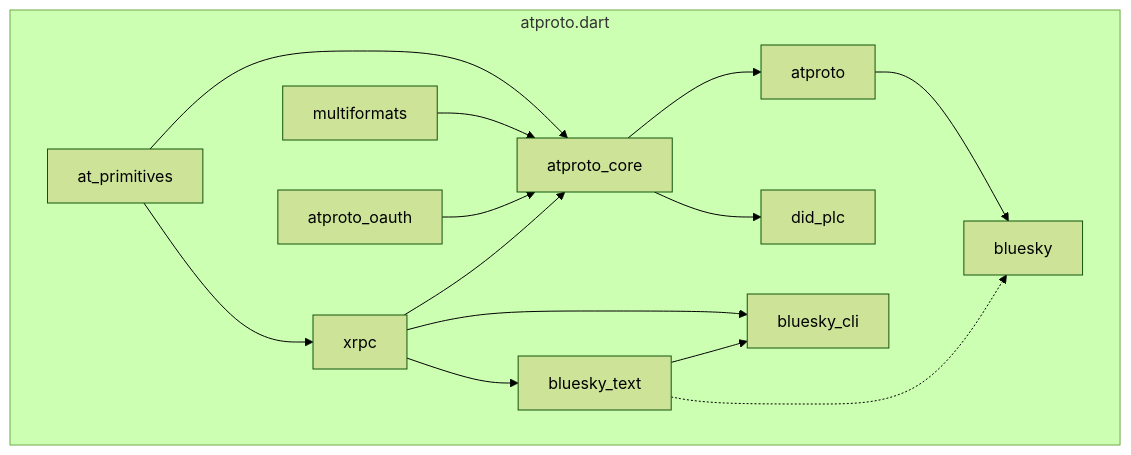
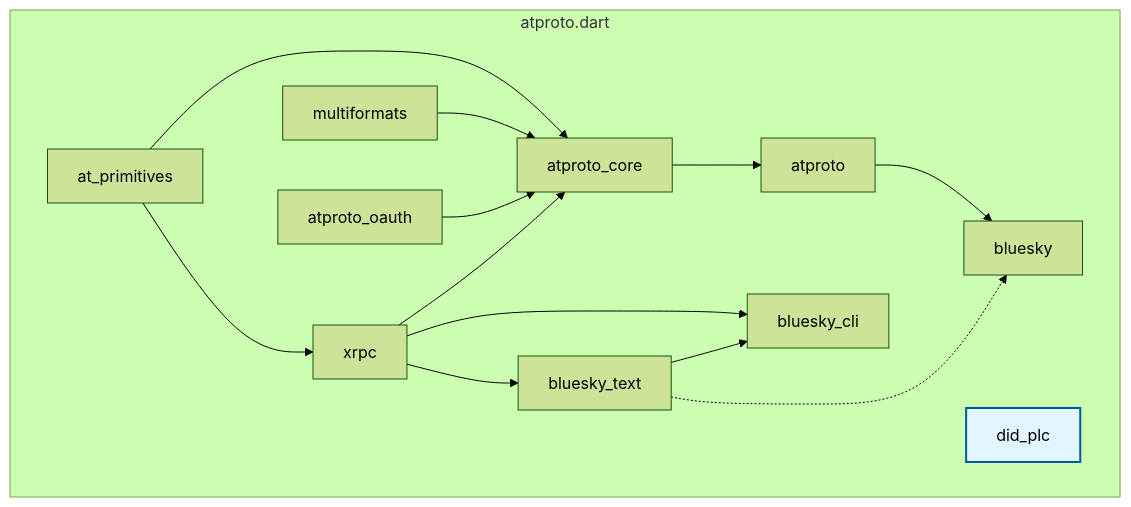
The diagram in website/docs/packages/overview.md (myConsciousness/atproto.dart), drawn with Mermaid (forest theme) before and after one commit. The commit also changed other lines of this file and 92 other files, not shown here.

First line of the commit message:
feat(did_plc): v1.0.0 - Independent high-performance DID PLC implementation

````diff
--- a/website/docs/packages/overview.md
+++ b/website/docs/packages/overview.md
@@ -65,21 +65,23 @@
 ```mermaid
 flowchart TD
     subgraph atproto.dart
     at_primitives --> atproto_core;
     multiformats --> atproto_core;
 
     at_primitives --> xrpc;
     atproto_oauth --> atproto_core;
     xrpc --> atproto_core;
 
     atproto_core --> atproto;
-    atproto_core --> did_plc;
+    did_plc;
     atproto --> bluesky;
 
     xrpc --> bluesky_text
     xrpc --> bluesky_cli
 
     bluesky_text -.-> bluesky
     bluesky_text --> bluesky_cli
+    
+    style did_plc fill:#e1f5fe,stroke:#01579b,stroke-width:2px
     end
 ```
````
